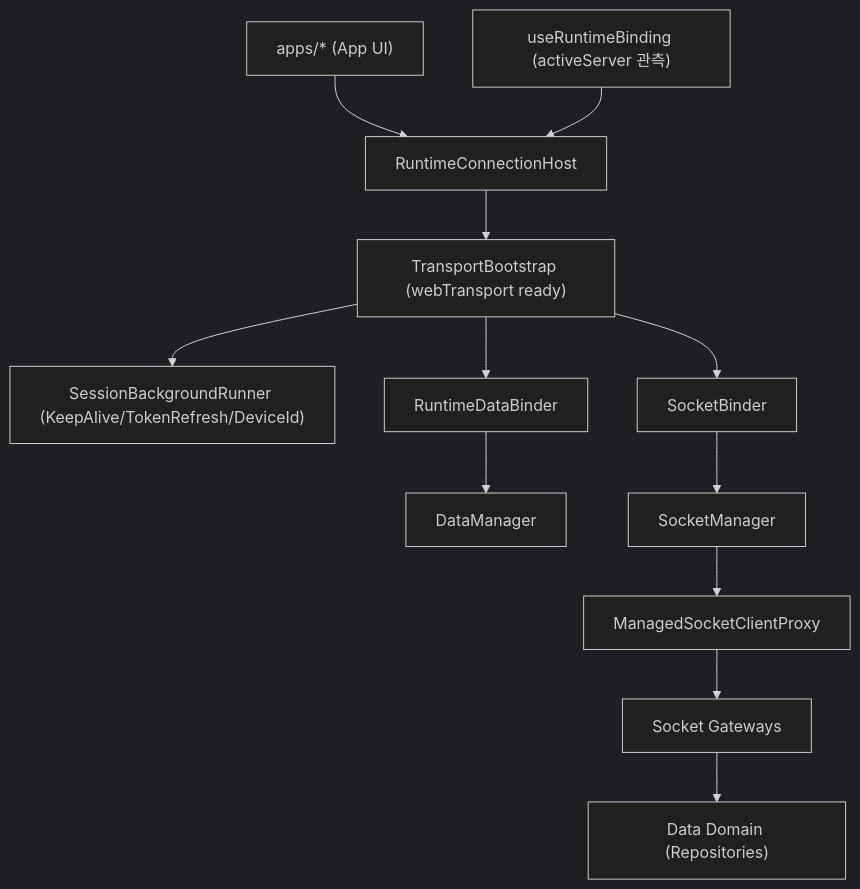
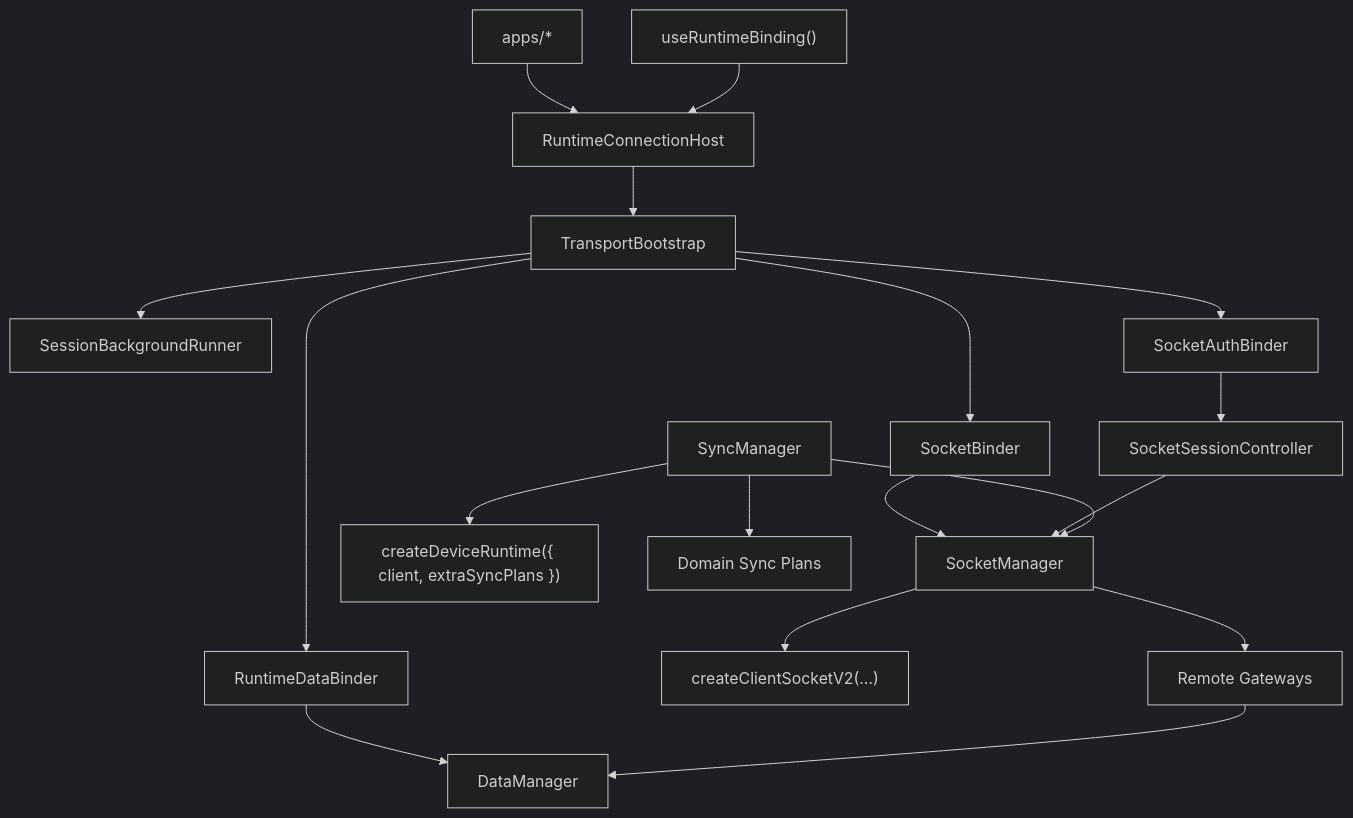
One commit to lemoncloud-io/dou-app changed the diagram in libs/app-runtime/docs/architecture.md. Above: the diagram before and after it, drawn with Mermaid (dark theme). The commit also changed other lines of this file and 39 other files, not shown here.

Commit message:
feat(app-runtime): refactor socket and sync layers for v2

````diff
--- a/libs/app-runtime/docs/architecture.md
+++ b/libs/app-runtime/docs/architecture.md
@@ -17,17 +30,24 @@
 ```mermaid
 flowchart TD
-  App["apps/* (App UI)"] --> Host["RuntimeConnectionHost"]
-  Host --> Bootstrap["TransportBootstrap (webTransport ready)"]
-  Bootstrap --> Runner["SessionBackgroundRunner (KeepAlive/TokenRefresh/DeviceId)"]
+  App["apps/*"] --> Host["RuntimeConnectionHost"]
+  Host --> Bootstrap["TransportBootstrap"]
+  Bootstrap --> Runner["SessionBackgroundRunner"]
   Bootstrap --> DataBinder["RuntimeDataBinder"]
   Bootstrap --> SocketBinder["SocketBinder"]
+  Bootstrap --> AuthBinder["SocketAuthBinder"]
 
-  Binding["useRuntimeBinding (activeServer 관측)"] --> Host
+  Binding["useRuntimeBinding()"] --> Host
 
   DataBinder --> DataManager["DataManager"]
   SocketBinder --> SocketManager["SocketManager"]
+  AuthBinder --> Session["SocketSessionController"]
 
-  SocketManager --> Proxy["ManagedSocketClientProxy"]
-  Proxy --> Gateways["Socket Gateways"]
-  Gateways --> Data["Data Domain (Repositories)"]
+  SocketManager --> Client["createClientSocketV2(...)"]
+  Session --> SocketManager
+  SyncManager["SyncManager"] --> SocketManager
+  SyncManager --> DeviceRuntime["createDeviceRuntime({ client, extraSyncPlans })"]
+  SyncManager --> Plans["Domain Sync Plans"]
+
+  SocketManager --> Gateways["Remote Gateways"]
+  Gateways --> DataManager
 ```
````
